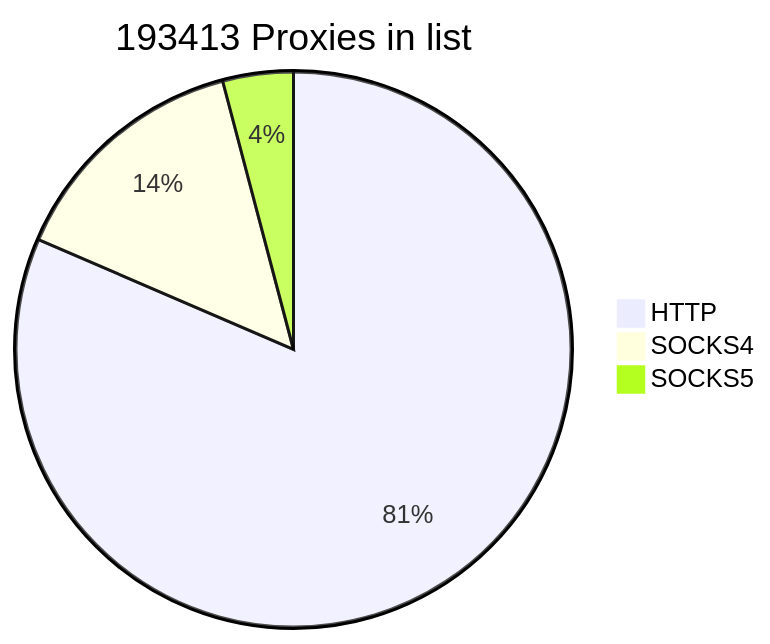
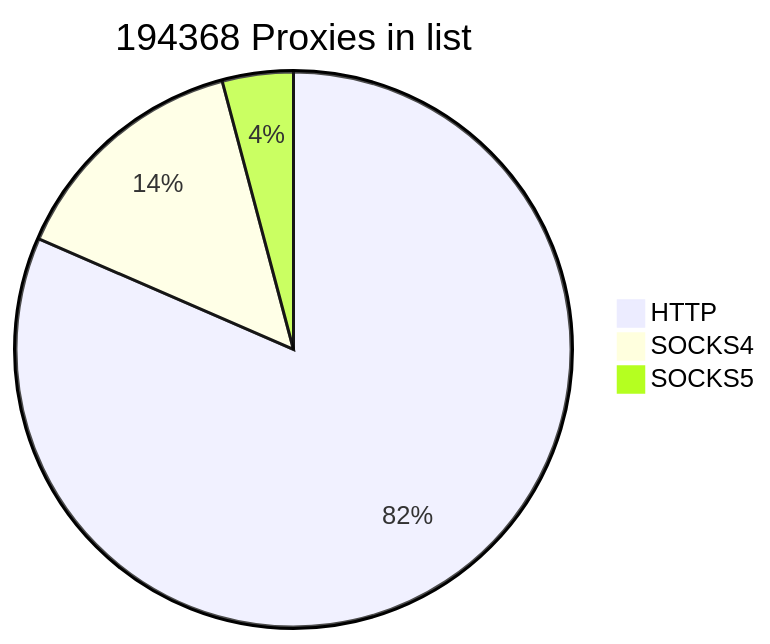
One commit to cutipu/proxylist changed the first of 2 diagrams in README.md. Above: the diagram before and after it, drawn with Mermaid. The commit also changed other lines of this file, not shown here.

````diff
--- a/README.md
+++ b/README.md
@@ -2,7 +2,7 @@
 ```mermaid
-pie title 193413 Proxies in list
-    "HTTP" : 157594
+pie title 194368 Proxies in list
+    "HTTP" : 158459
     "SOCKS4" : 27876
-    "SOCKS5" : 7943
+    "SOCKS5" : 8033
             
 ```
````
